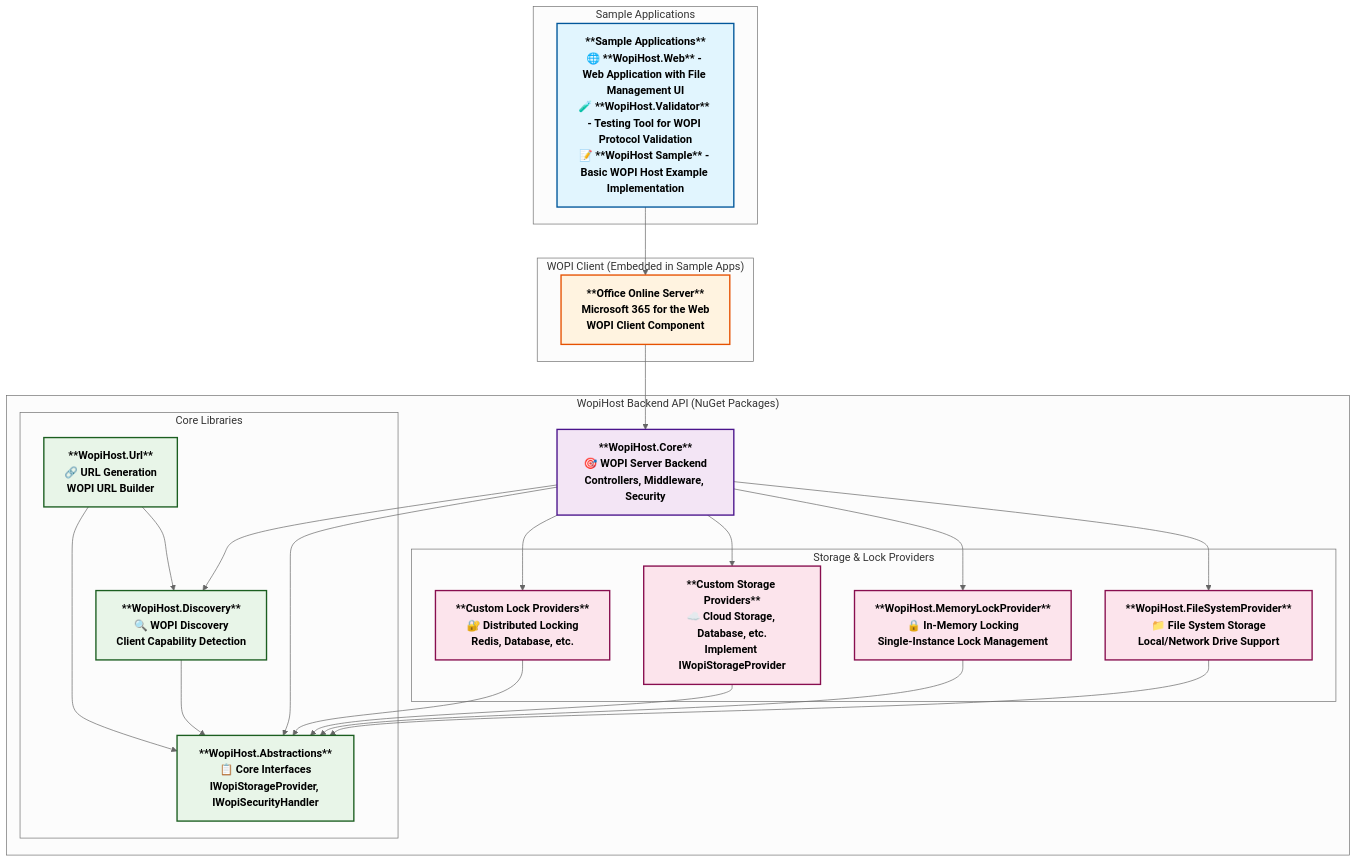
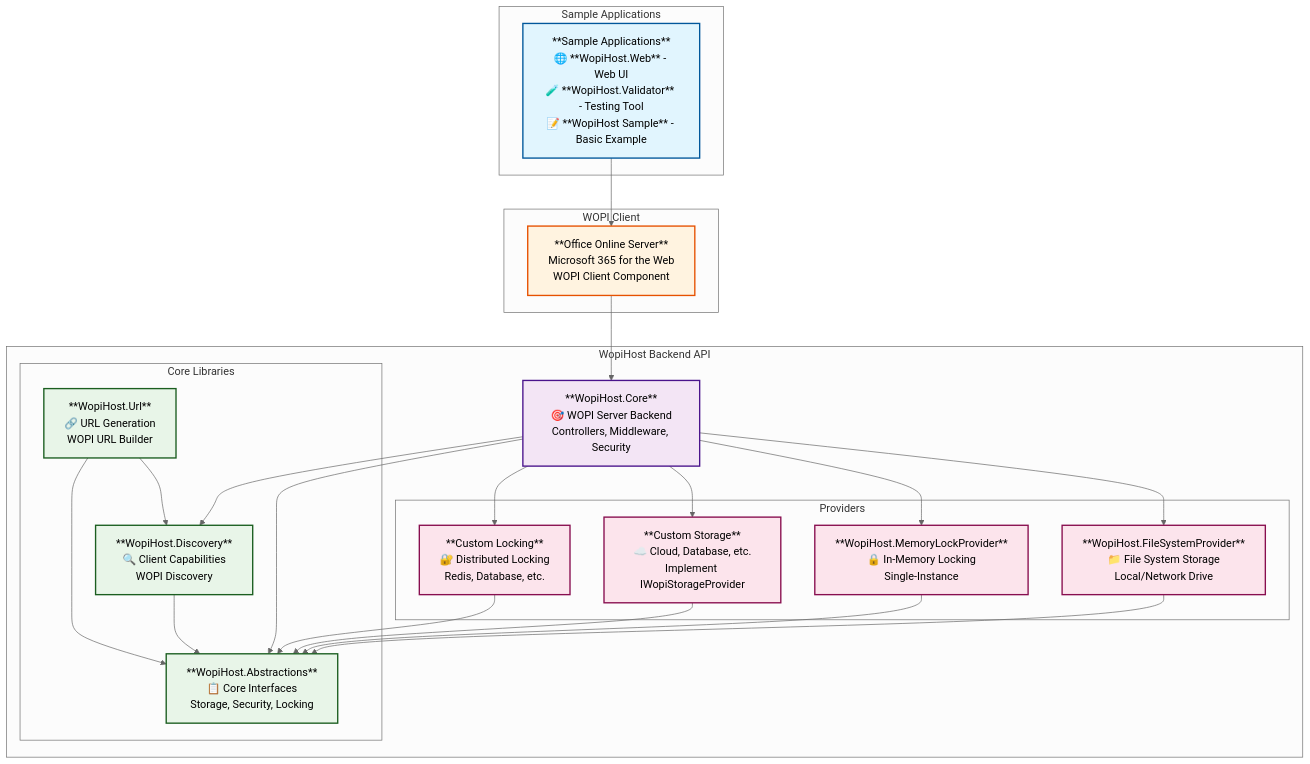
One commit to petrsvihlik/WopiHost changed the diagram in README.md. Above: the diagram before and after it, drawn with Mermaid (neutral theme).

Commit message:
formatting

````diff
--- a/README.md
+++ b/README.md
@@ -30,67 +30,67 @@
 ```mermaid
 graph TB
     subgraph "Sample Applications"
-        SampleApps["**Sample Applications**<br/>🌐 **WopiHost.Web** - Web Application with File Management UI<br/>🧪 **WopiHost.Validator** - Testing Tool for WOPI Protocol Validation<br/>📝 **WopiHost Sample** - Basic WOPI Host Example Implementation"]
+        SampleApps["**Sample Applications**<br/>🌐 **WopiHost.Web** - Web UI<br/>🧪 **WopiHost.Validator** - Testing Tool<br/>📝 **WopiHost Sample** - Basic Example"]
     end
     
-    subgraph "WOPI Client (Embedded in Sample Apps)"
+    subgraph "WOPI Client"
         OOS["**Office Online Server**<br/>Microsoft 365 for the Web<br/>WOPI Client Component"]
     end
     
-    subgraph "WopiHost Backend API (NuGet Packages)"
+    subgraph "WopiHost Backend API"
         Core["**WopiHost.Core**<br/>🎯 WOPI Server Backend<br/>Controllers, Middleware, Security"]
         
         subgraph "Core Libraries"
-            Abstractions["**WopiHost.Abstractions**<br/>📋 Core Interfaces<br/>IWopiStorageProvider, IWopiSecurityHandler"]
-            Discovery["**WopiHost.Discovery**<br/>🔍 WOPI Discovery<br/>Client Capability Detection"]
+            Abstractions["**WopiHost.Abstractions**<br/>📋 Core Interfaces<br/>Storage, Security, Locking"]
+            Discovery["**WopiHost.Discovery**<br/>🔍 Client Capabilities<br/>WOPI Discovery"]
             Url["**WopiHost.Url**<br/>🔗 URL Generation<br/>WOPI URL Builder"]
         end
         
-        subgraph "Storage & Lock Providers"
-            FileSystem["**WopiHost.FileSystemProvider**<br/>📁 File System Storage<br/>Local/Network Drive Support"]
-            MemoryLock["**WopiHost.MemoryLockProvider**<br/>🔒 In-Memory Locking<br/>Single-Instance Lock Management"]
-            CustomStorage["**Custom Storage Providers**<br/>☁️ Cloud Storage, Database, etc.<br/>Implement IWopiStorageProvider"]
-            CustomLock["**Custom Lock Providers**<br/>🔐 Distributed Locking<br/>Redis, Database, etc."]
+        subgraph "Providers"
+            FileSystem["**WopiHost.FileSystemProvider**<br/>📁 File System Storage<br/>Local/Network Drive"]
+            MemoryLock["**WopiHost.MemoryLockProvider**<br/>🔒 In-Memory Locking<br/>Single-Instance"]
+            CustomStorage["**Custom Storage**<br/>☁️ Cloud, Database, etc.<br/>Implement IWopiStorageProvider"]
+            CustomLock["**Custom Locking**<br/>🔐 Distributed Locking<br/>Redis, Database, etc."]
         end
     end
     
     %% Sample apps embed WOPI client
     SampleApps --> OOS
     
     %% WOPI client depends on WopiHost backend
     OOS --> Core
     
     %% Core dependencies
     Core --> Abstractions
     Core --> Discovery
     
     %% Library dependencies
     Discovery --> Abstractions
     Url --> Discovery
     Url --> Abstractions
     
     %% Provider implementations
     FileSystem --> Abstractions
     MemoryLock --> Abstractions
     CustomStorage --> Abstractions
     CustomLock --> Abstractions
     
     %% Core uses providers
     Core --> FileSystem
     Core --> MemoryLock
     Core --> CustomStorage
     Core --> CustomLock
     
     %% Styling
-    classDef sampleApp fill:#e1f5fe,stroke:#01579b,stroke-width:2px,font-weight:bold
-    classDef wopiClient fill:#fff3e0,stroke:#e65100,stroke-width:2px,font-weight:bold
-    classDef coreModule fill:#f3e5f5,stroke:#4a148c,stroke-width:2px,font-weight:bold
-    classDef libraryModule fill:#e8f5e8,stroke:#1b5e20,stroke-width:2px,font-weight:bold
-    classDef providerModule fill:#fce4ec,stroke:#880e4f,stroke-width:2px,font-weight:bold
+    classDef sampleApp fill:#e1f5fe,stroke:#01579b,stroke-width:2px
+    classDef wopiClient fill:#fff3e0,stroke:#e65100,stroke-width:2px
+    classDef coreModule fill:#f3e5f5,stroke:#4a148c,stroke-width:2px
+    classDef libraryModule fill:#e8f5e8,stroke:#1b5e20,stroke-width:2px
+    classDef providerModule fill:#fce4ec,stroke:#880e4f,stroke-width:2px
     
     class SampleApps sampleApp
     class OOS wopiClient
     class Core coreModule
     class Abstractions,Discovery,Url libraryModule
     class FileSystem,MemoryLock,CustomStorage,CustomLock providerModule
 ```
````
